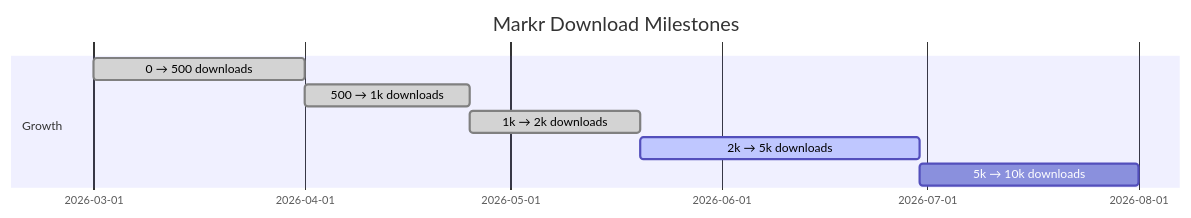
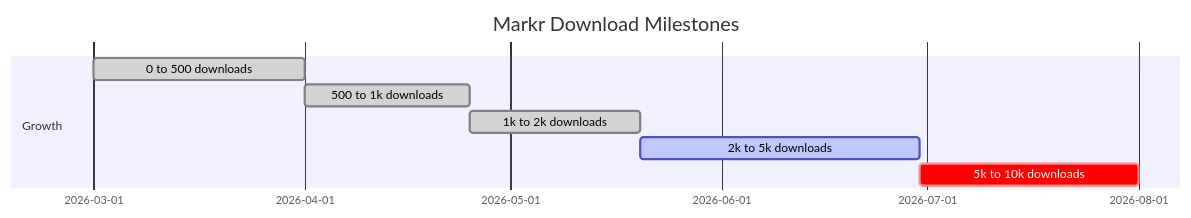
Before and after one commit to Apptware-Product-Labs/markr: the second of 2 diagrams in samples/demo-copy-features.md, drawn with Mermaid. The commit also changed 4 other files, not shown here.

Commit message:
fix: Mermaid theme re-render on switch + Gantt syntax error + README GIFs (v3.7.8)

````diff
--- a/samples/demo-copy-features.md
+++ b/samples/demo-copy-features.md
@@ -59,11 +59,11 @@
 ```mermaid
 gantt
     title Markr Download Milestones
     dateFormat YYYY-MM-DD
     section Growth
-    0 → 500 downloads     :done, 2026-03-01, 2026-04-01
-    500 → 1k downloads    :done, 2026-04-01, 2026-04-25
-    1k → 2k downloads     :done, 2026-04-25, 2026-05-20
-    2k → 5k downloads     :active, 2026-05-20, 2026-06-30
-    5k → 10k downloads    :2026-06-30, 2026-08-01
+    0 to 500 downloads    :done, 2026-03-01, 2026-04-01
+    500 to 1k downloads   :done, 2026-04-01, 2026-04-25
+    1k to 2k downloads    :done, 2026-04-25, 2026-05-20
+    2k to 5k downloads    :active, 2026-05-20, 2026-06-30
+    5k to 10k downloads   :crit, 2026-06-30, 2026-08-01
 ```
````
